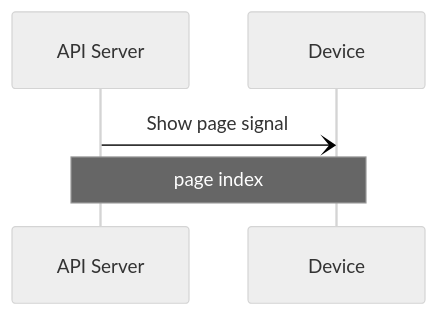
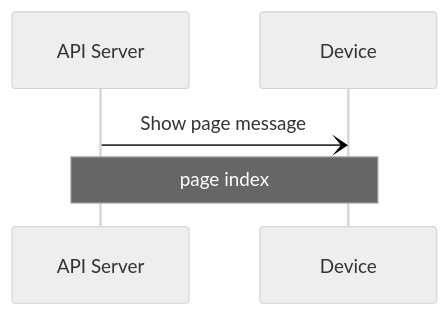
One commit to PDA-UR/inkplate-printer changed the third of 3 diagrams in docs/communication.md. Above: the diagram before and after it, drawn with Mermaid (neutral theme). The commit also changed other lines of this file and 13 other files, not shown here.

````diff
--- a/docs/communication.md
+++ b/docs/communication.md
@@ -81,8 +81,8 @@
 ```mermaid
 sequenceDiagram
     participant S as API Server
     participant D as Device
 
-    S -) D: Show page signal
+    S -) D: Show page message
     Note over S,D: page index
 ```
````
